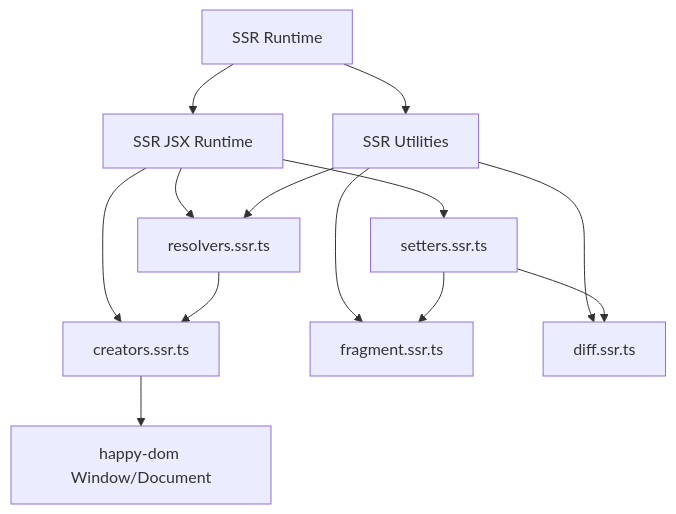
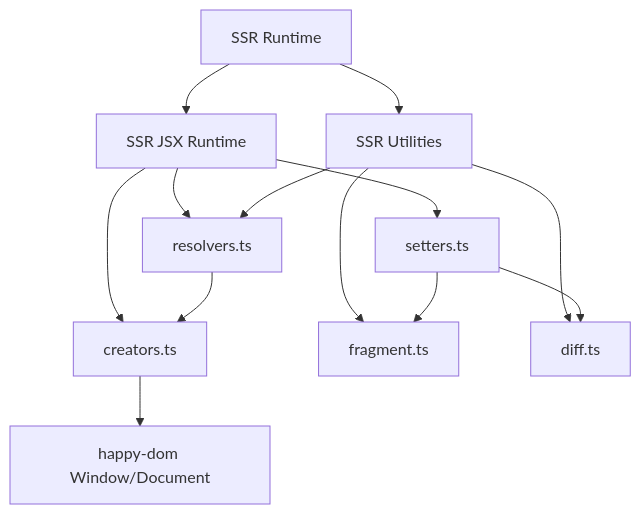
The second of 6 diagrams in .qoder/repowiki/en/content/Rendering/Server-Side Rendering.md (wobyjs/woby), drawn with Mermaid before and after one commit. The commit also changed other lines of this file and 36 other files, not shown here.

````diff
--- a/.qoder/repowiki/en/content/Rendering/Server-Side Rendering.md
+++ b/.qoder/repowiki/en/content/Rendering/Server-Side Rendering.md
@@ -62,16 +62,16 @@
 ```mermaid
 graph TB
 SSR[SSR Runtime]
 SSR --> JSX[SSR JSX Runtime]
 SSR --> Utils[SSR Utilities]
-JSX --> creators["creators.ssr.ts"]
-JSX --> resolvers["resolvers.ssr.ts"]
-JSX --> setters["setters.ssr.ts"]
-Utils --> fragment["fragment.ssr.ts"]
-Utils --> diff["diff.ssr.ts"]
+JSX --> creators["creators.ts"]
+JSX --> resolvers["resolvers.ts"]
+JSX --> setters["setters.ts"]
+Utils --> fragment["fragment.ts"]
+Utils --> diff["diff.ts"]
 Utils --> resolvers
 creators --> happydom["happy-dom Window/Document"]
 setters --> fragment
 setters --> diff
 resolvers --> creators
 ```
````
